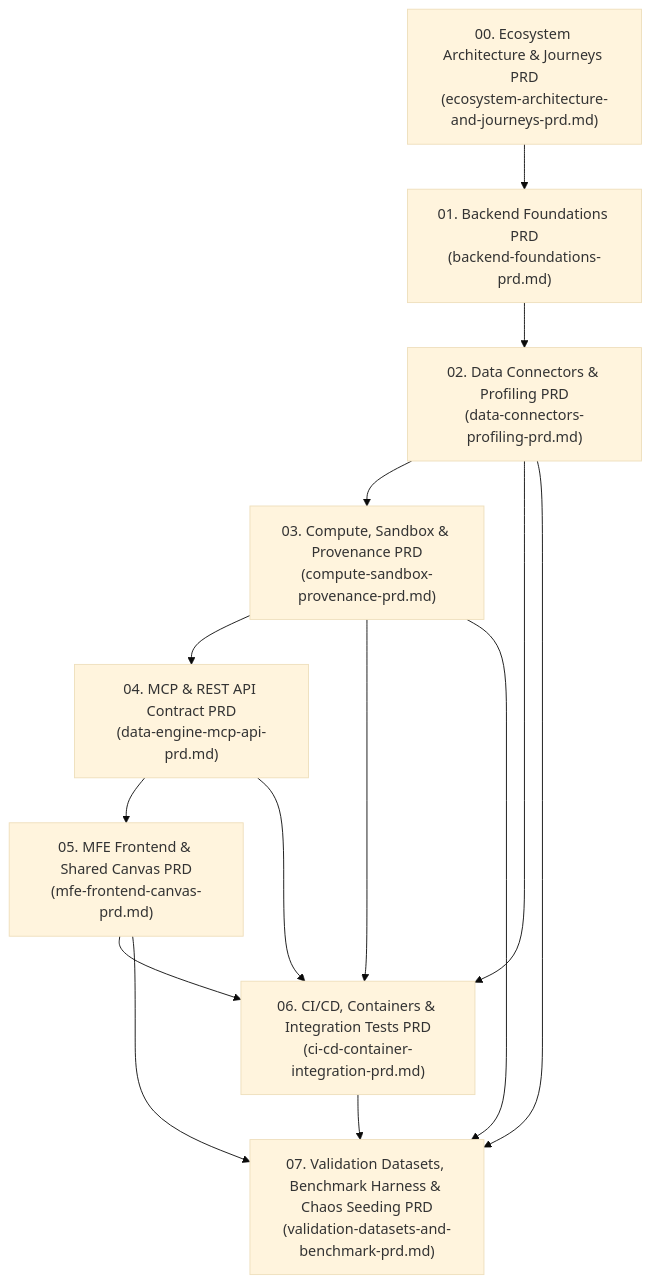
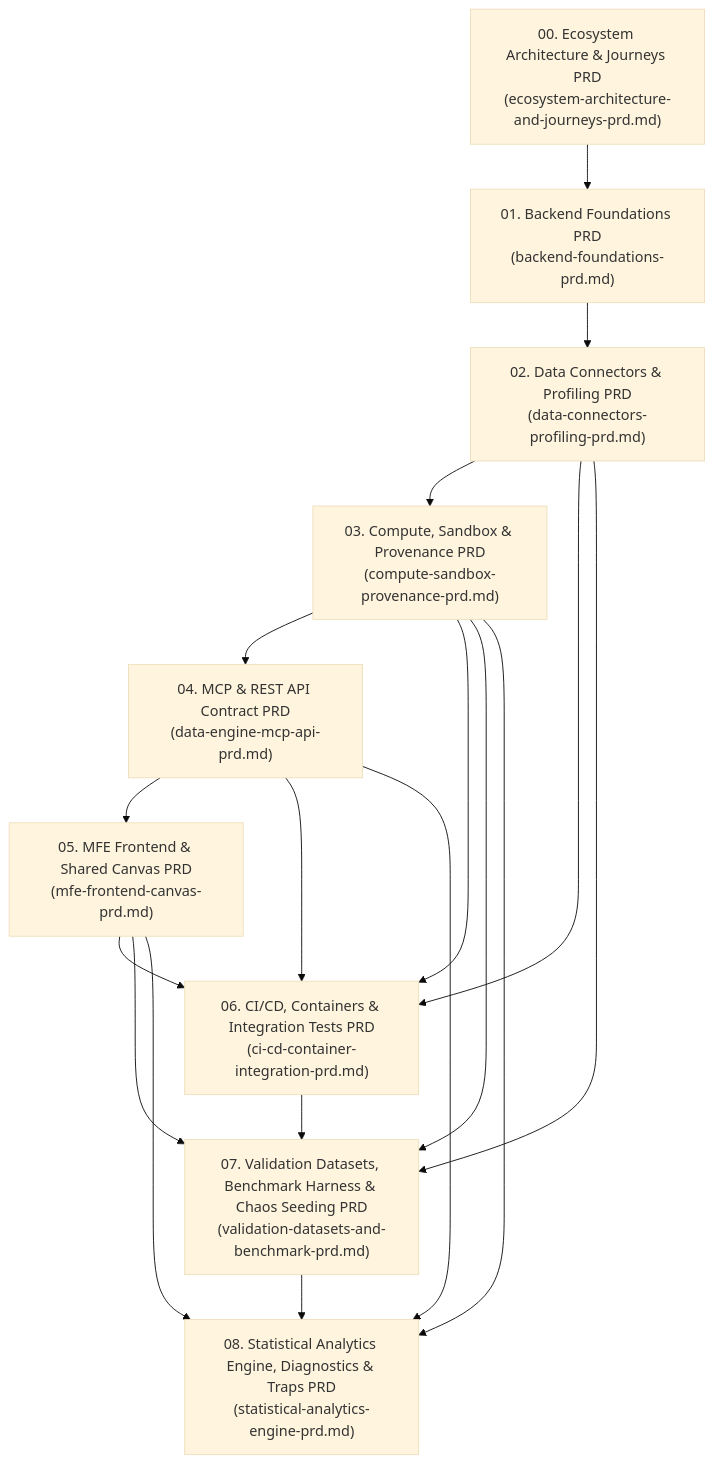
The diagram in spec/prds/README.md (PolecatWorks/data-engine), drawn with Mermaid (base theme) before and after one commit. The commit also changed other lines of this file and 6 other files, not shown here.

Commit message:
docs(prd): add statistical analytics engine research and PRD 08

````diff
--- a/spec/prds/README.md
+++ b/spec/prds/README.md
@@ -9,10 +9,11 @@
 ```mermaid
 flowchart TD
     ECO["00. Ecosystem Architecture & Journeys PRD\n(ecosystem-architecture-and-journeys-prd.md)"] --> A["01. Backend Foundations PRD\n(backend-foundations-prd.md)"]
     A --> B["02. Data Connectors & Profiling PRD\n(data-connectors-profiling-prd.md)"]
     B --> C["03. Compute, Sandbox & Provenance PRD\n(compute-sandbox-provenance-prd.md)"]
     C --> D["04. MCP & REST API Contract PRD\n(data-engine-mcp-api-prd.md)"]
     D --> E["05. MFE Frontend & Shared Canvas PRD\n(mfe-frontend-canvas-prd.md)"]
     B & C & D & E --> F["06. CI/CD, Containers & Integration Tests PRD\n(ci-cd-container-integration-prd.md)"]
     B & C & E & F --> G["07. Validation Datasets, Benchmark Harness & Chaos Seeding PRD\n(validation-datasets-and-benchmark-prd.md)"]
+    C & D & E & G --> H["08. Statistical Analytics Engine, Diagnostics & Traps PRD\n(statistical-analytics-engine-prd.md)"]
 ```
````
